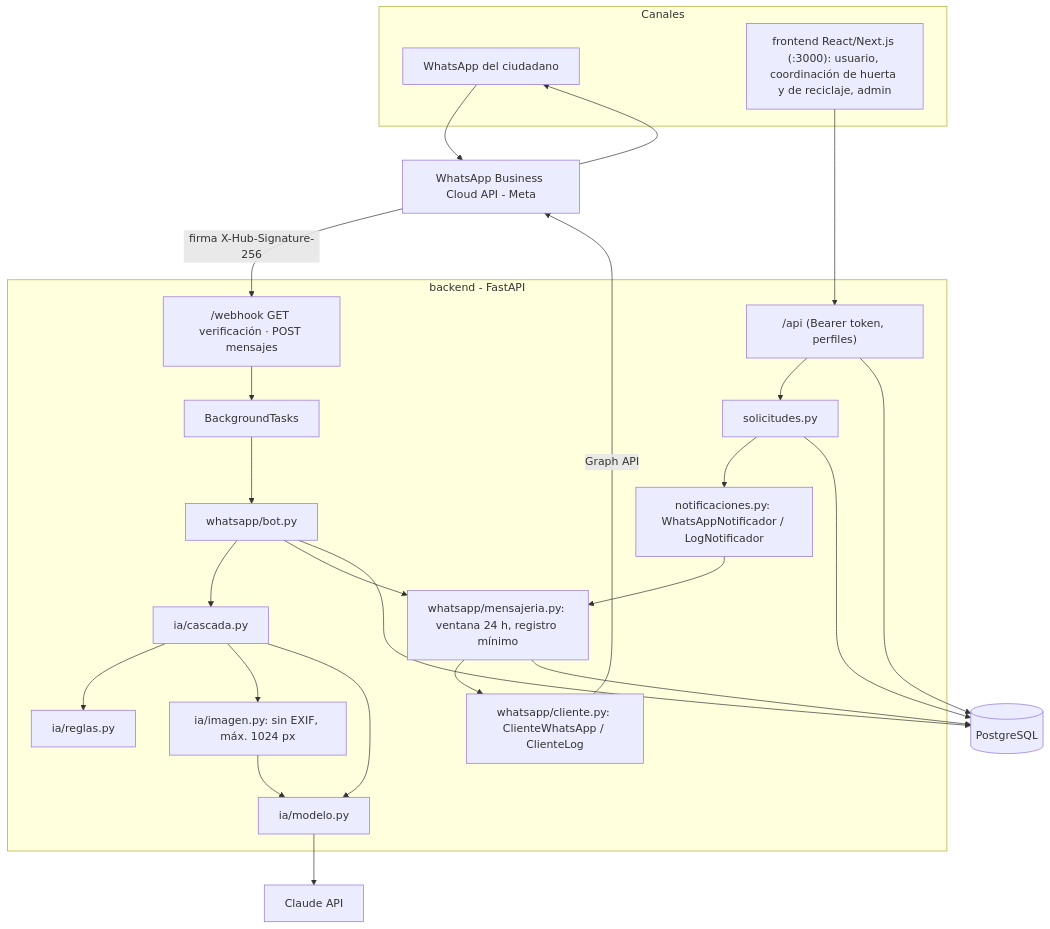
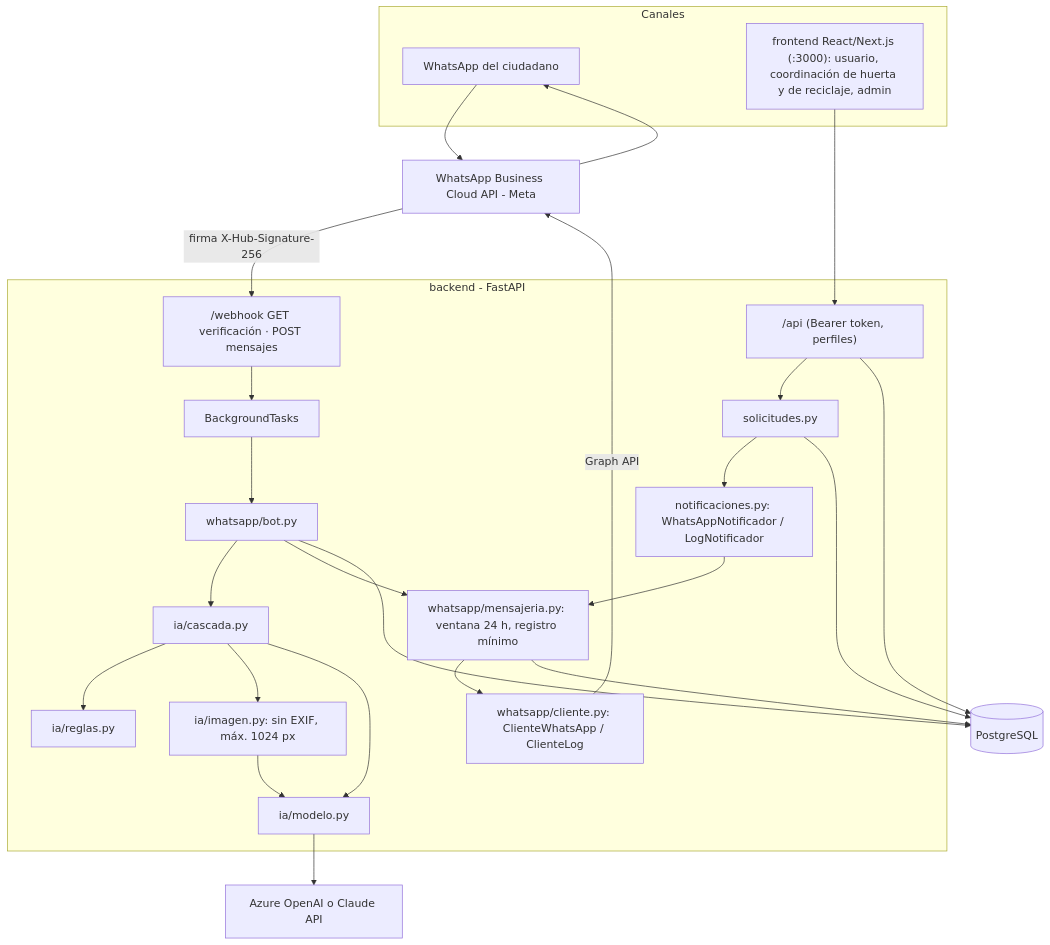
The first of 3 diagrams in docs/arquitectura.md (valejandrapd/EcoConecta-VGJ), drawn with Mermaid before and after one commit. The commit also changed 10 other files, not shown here.

First line of the commit message:
IA con Azure OpenAI (permitido por el reto) además de Claude

````diff
--- a/docs/arquitectura.md
+++ b/docs/arquitectura.md
@@ -3,33 +3,33 @@
 ```mermaid
 flowchart TB
     subgraph Canales
         WA[WhatsApp del ciudadano]
         WEB["frontend React/Next.js (:3000): usuario, coordinación de huerta y de reciclaje, admin"]
     end
     META[WhatsApp Business Cloud API - Meta]
     subgraph Backend [backend - FastAPI]
         WH["/webhook GET verificación · POST mensajes"]
         BG[BackgroundTasks]
         BOT[whatsapp/bot.py]
         CASC[ia/cascada.py]
         REG[ia/reglas.py]
         IMG[ia/imagen.py: sin EXIF, máx. 1024 px]
         MOD[ia/modelo.py]
         MSJ[whatsapp/mensajeria.py: ventana 24 h, registro mínimo]
         CLI[whatsapp/cliente.py: ClienteWhatsApp / ClienteLog]
         NOT[notificaciones.py: WhatsAppNotificador / LogNotificador]
         SOL[solicitudes.py]
         API["/api (Bearer token, perfiles)"]
     end
     PG[(PostgreSQL)]
-    CLAUDE[Claude API]
+    CLAUDE[Azure OpenAI o Claude API]
 
     WA --> META -- "firma X-Hub-Signature-256" --> WH --> BG --> BOT
     BOT --> CASC --> REG
     CASC --> IMG --> MOD
     CASC --> MOD --> CLAUDE
     BOT --> MSJ
     WEB --> API --> SOL --> NOT --> MSJ
     MSJ --> CLI -- Graph API --> META --> WA
     BOT & MSJ & SOL & API --> PG
 ```
````
